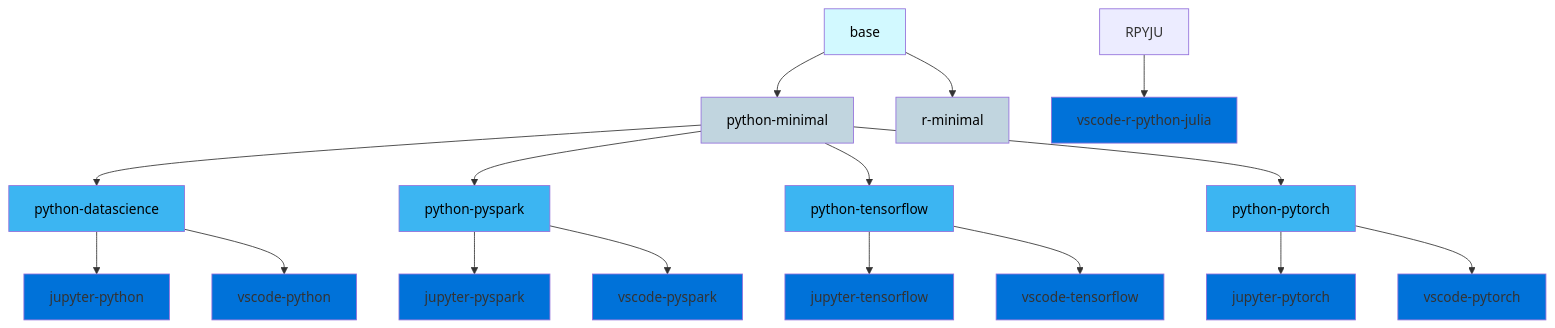
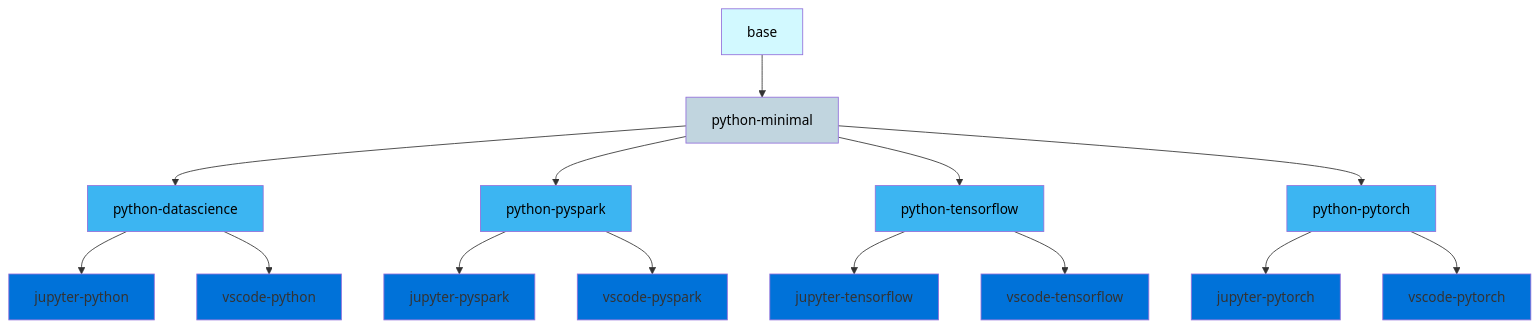
One commit to InseeFrLab/images-datascience changed the second of 2 diagrams in README.md. Above: the diagram before and after it, drawn with Mermaid.

````diff
--- a/README.md
+++ b/README.md
@@ -47,22 +47,20 @@
 ```mermaid
   graph TD;
       B[base]:::base-->PM[python-minimal]:::minimal;
-      B-->RM[r-minimal]:::minimal;
       PM-->PYDS[python-datascience]:::package;
       PM-->PYSPARK[python-pyspark]:::package;
       PM-->PYTENSORFLOW[python-tensorflow]:::package;
       PM-->PYTORCH[python-pytorch]:::package;
       PYSPARK--> JPYSPARK[jupyter-pyspark]:::ide;
       PYDS--> JPYDS[jupyter-python]:::ide;
       PYTENSORFLOW--> JPYTENSORFLOW[jupyter-tensorflow]:::ide;
       PYTORCH--> JPYTORCH[jupyter-pytorch]:::ide;
       PYSPARK--> VSCODEPYSPARK[vscode-pyspark]:::ide;
       PYDS--> VSCODEPYDS[vscode-python]:::ide;
       PYTENSORFLOW--> VSCODEPYTENSORFLOW[vscode-tensorflow]:::ide;
       PYTORCH--> VSCODEPYTORCH[vscode-pytorch]:::ide;
-      RPYJU--> VSCODERPYJU[vscode-r-python-julia]:::ide;
       classDef base fill:#d2f9ff,color:#000  ;
       classDef minimal fill:#C1D5DF,color:#000;
       classDef package fill:#3cb5f2 ,color:#000  ;
       classDef ide fill:#0072d9  ;
 ```
````
